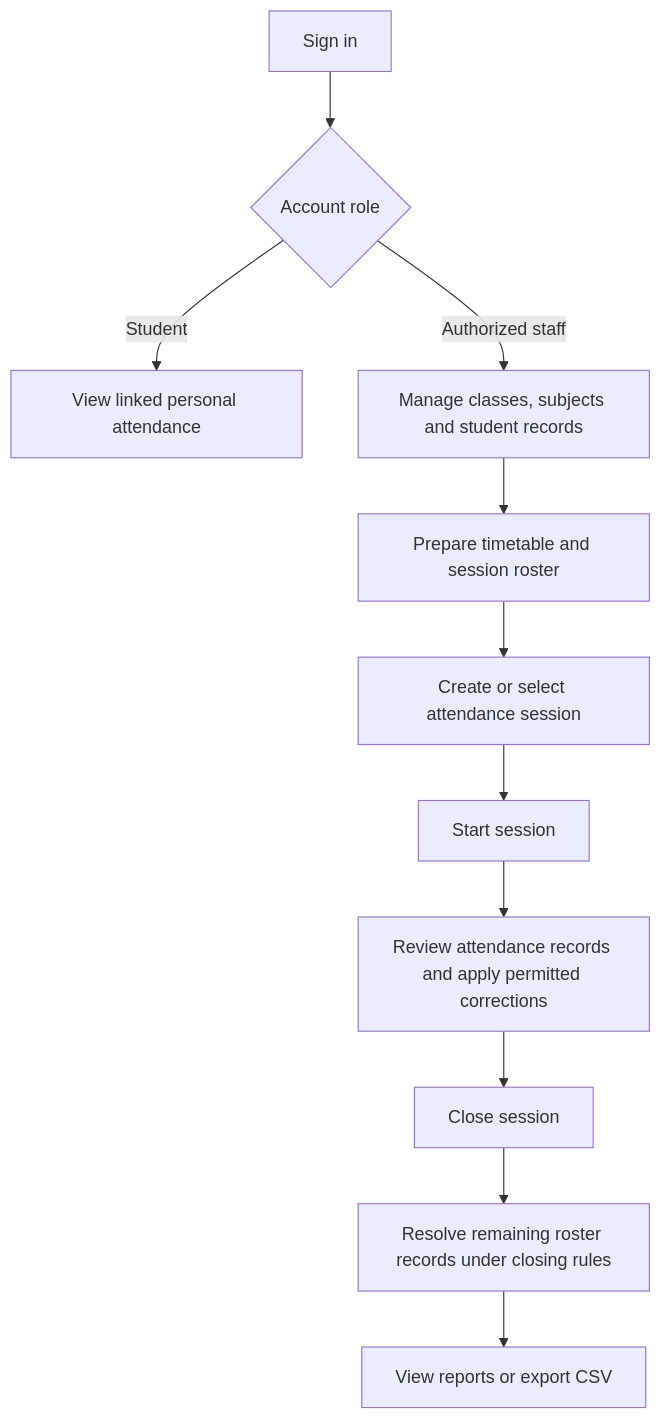
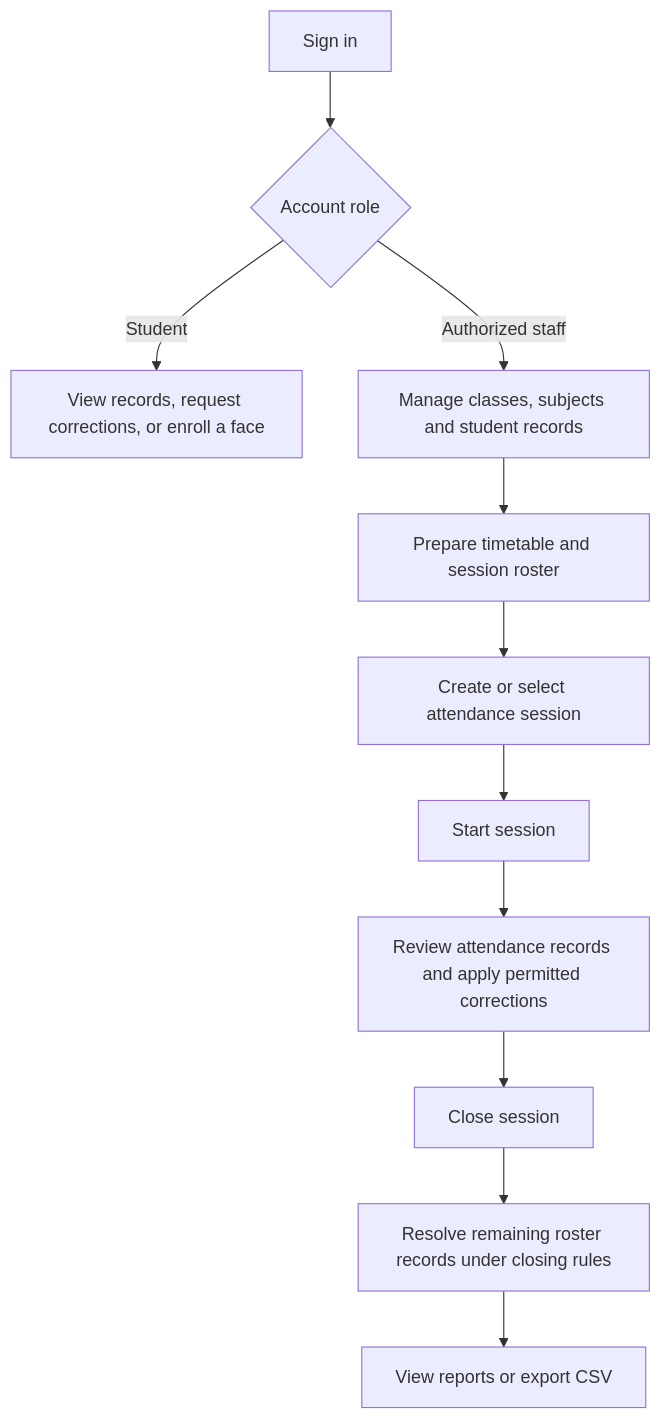
Before and after one commit to Joyson01/SAMS: the second of 5 diagrams in README.md, drawn with Mermaid. The commit also changed other lines of this file and 13 other files, not shown here.

Commit message:
Expand student attendance and face enrollment workflows

````diff
--- a/README.md
+++ b/README.md
@@ -84,13 +90,13 @@
 ```mermaid
 flowchart TD
     A[Sign in] --> B{Account role}
-    B -->|Student| C[View linked personal attendance]
+    B -->|Student| C[View records, request corrections, or enroll a face]
     B -->|Authorized staff| D[Manage classes, subjects and student records]
     D --> E[Prepare timetable and session roster]
     E --> F[Create or select attendance session]
     F --> G[Start session]
     G --> H[Review attendance records and apply permitted corrections]
     H --> I[Close session]
     I --> J[Resolve remaining roster records under closing rules]
     J --> K[View reports or export CSV]
 ```
````
